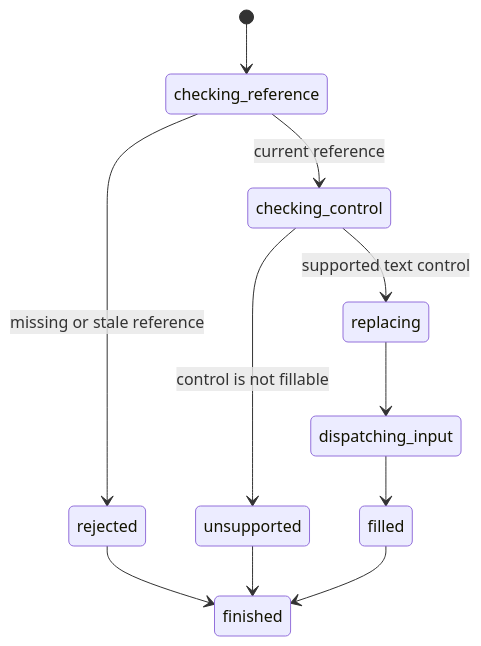
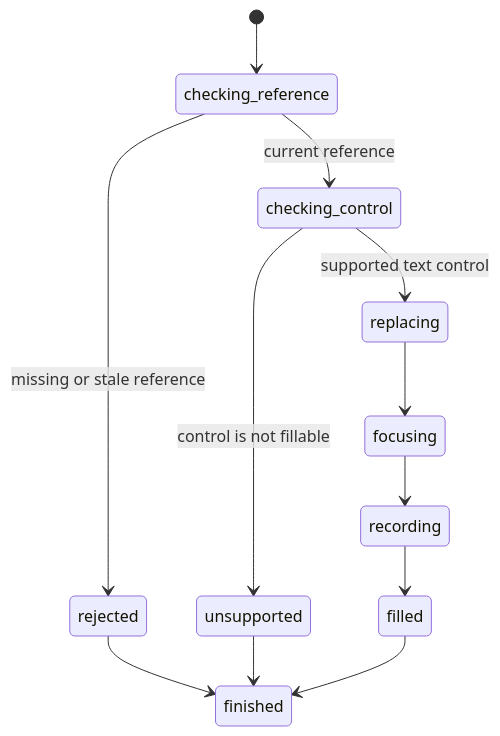
The diagram in interaction/fill-text.md (thoriqakbar0/browser.jr), drawn with Mermaid before and after one commit. The commit also changed other lines of this file and 80 other files, not shown here.

````diff
--- a/interaction/fill-text.md
+++ b/interaction/fill-text.md
@@ -23,13 +31,14 @@
 ```mermaid
 stateDiagram-v2
     [*] --> checking_reference
     checking_reference --> rejected : missing or stale reference
     checking_reference --> checking_control : current reference
     checking_control --> unsupported : control is not fillable
     checking_control --> replacing : supported text control
-    replacing --> dispatching_input
-    dispatching_input --> filled
+    replacing --> focusing
+    focusing --> recording
+    recording --> filled
     rejected --> finished
     unsupported --> finished
     filled --> finished
 ```
````
